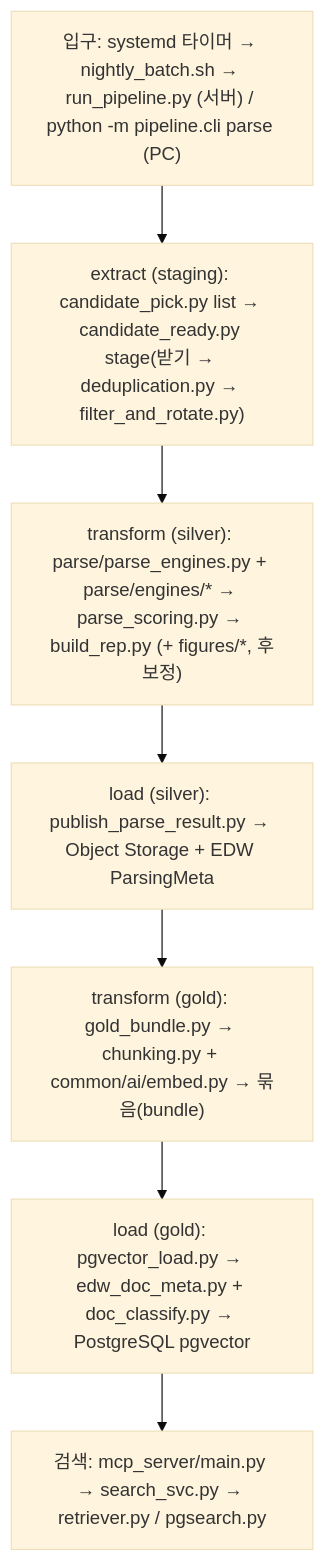
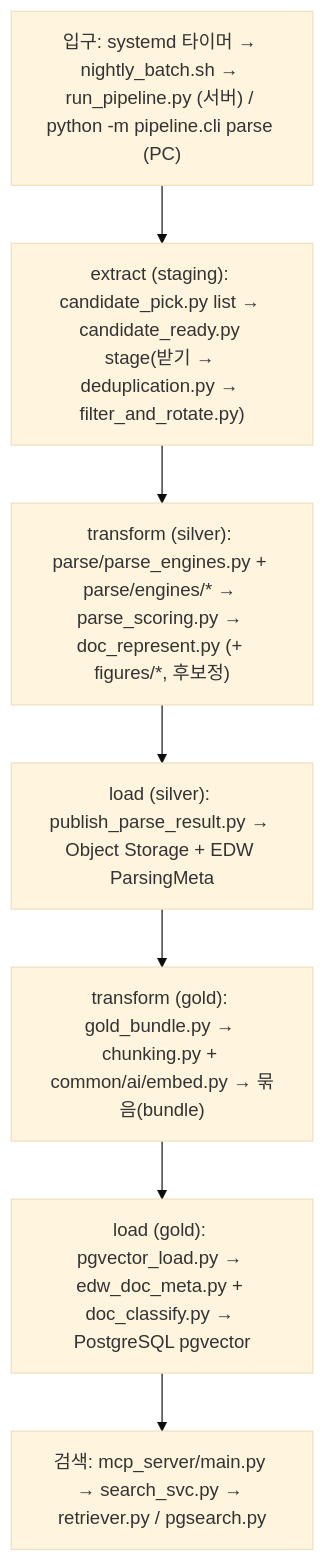
One commit to gigasamba/sbl_data_parsing changed the first of 11 diagrams in docs/architecture/parse_flow.md. Above: the diagram before and after it, drawn with Mermaid (base theme). The commit also changed other lines of this file and 17 other files, not shown here.

First line of the commit message:
Rename build_rep to doc_represent in imports, LAYER_CODE, tests and docs

````diff
--- a/docs/architecture/parse_flow.md
+++ b/docs/architecture/parse_flow.md
@@ -26,11 +26,11 @@
 ```mermaid
 flowchart TD
     A["입구: systemd 타이머 → nightly_batch.sh → run_pipeline.py (서버) / python -m pipeline.cli parse (PC)"]
     B["extract (staging): candidate_pick.py list → candidate_ready.py stage(받기 → deduplication.py → filter_and_rotate.py)"]
-    C["transform (silver): parse/parse_engines.py + parse/engines/* → parse_scoring.py → build_rep.py (+ figures/*, 후보정)"]
+    C["transform (silver): parse/parse_engines.py + parse/engines/* → parse_scoring.py → doc_represent.py (+ figures/*, 후보정)"]
     P["load (silver): publish_parse_result.py → Object Storage + EDW ParsingMeta"]
     D["transform (gold): gold_bundle.py → chunking.py + common/ai/embed.py → 묶음(bundle)"]
     E["load (gold): pgvector_load.py → edw_doc_meta.py + doc_classify.py → PostgreSQL pgvector"]
     F["검색: mcp_server/main.py → search_svc.py → retriever.py / pgsearch.py"]
     A --> B --> C --> P --> D --> E --> F
 ```
````
